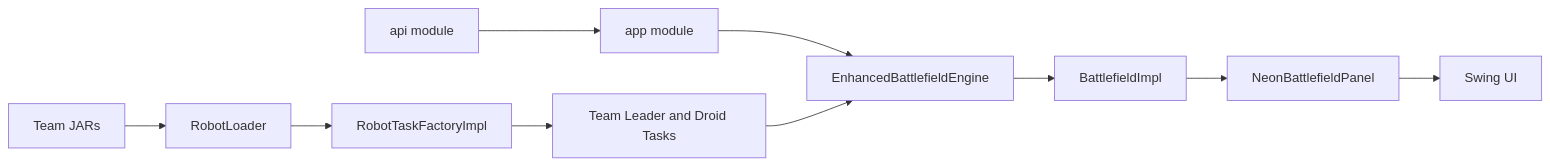
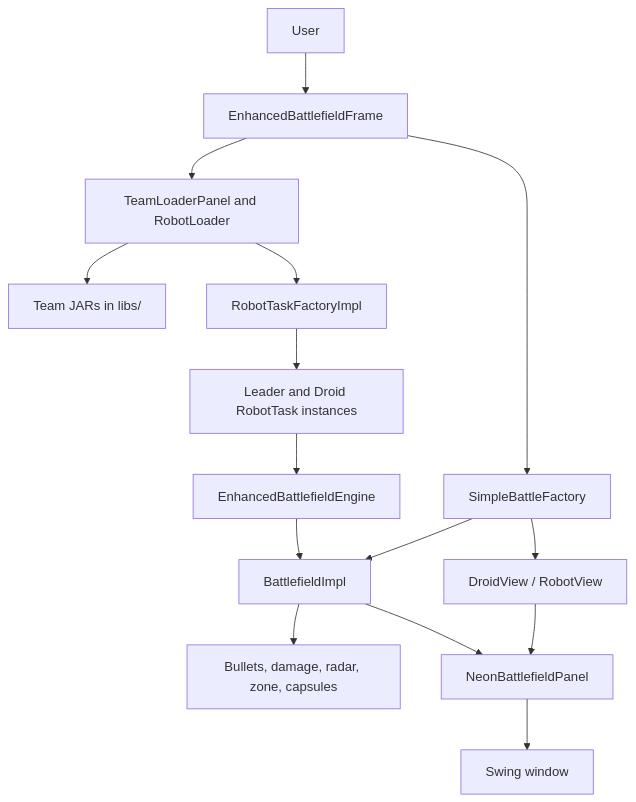
One commit to Abdelkrim7Be/Robot-Battle-Engine changed the diagram in README.md. Above: the diagram before and after it, drawn with Mermaid. The commit also changed other lines of this file and 5 other files, not shown here.

````diff
--- a/README.md
+++ b/README.md
@@ -30,12 +145,17 @@
 ```mermaid
-flowchart LR
-    TeamJars[Team JARs] --> Loader[RobotLoader]
+flowchart TD
+    User[User] --> UI[EnhancedBattlefieldFrame]
+    UI --> Loader[TeamLoaderPanel and RobotLoader]
+    Loader --> Jars[Team JARs in libs/]
     Loader --> Factory[RobotTaskFactoryImpl]
-    API[api module] --> App[app module]
-    Factory --> Tasks[Team Leader and Droid Tasks]
-    App --> Engine[EnhancedBattlefieldEngine]
-    Tasks --> Engine
-    Engine --> Battlefield[BattlefieldImpl]
-    Battlefield --> Renderer[NeonBattlefieldPanel]
-    Renderer --> UI[Swing UI]
+    Factory --> Tasks[Leader and Droid RobotTask instances]
+    UI --> BattleFactory[SimpleBattleFactory]
+    BattleFactory --> Field[BattlefieldImpl]
+    BattleFactory --> Views[DroidView / RobotView]
+    Tasks --> Engine[EnhancedBattlefieldEngine]
+    Engine --> Field
+    Field --> Systems[Bullets, damage, radar, zone, capsules]
+    Field --> Renderer[NeonBattlefieldPanel]
+    Views --> Renderer
+    Renderer --> Swing[Swing window]
 ```
````
